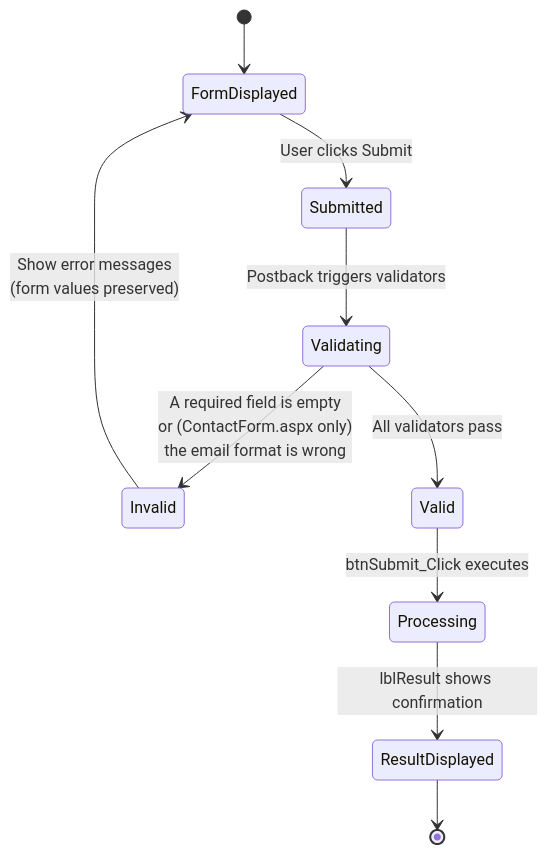
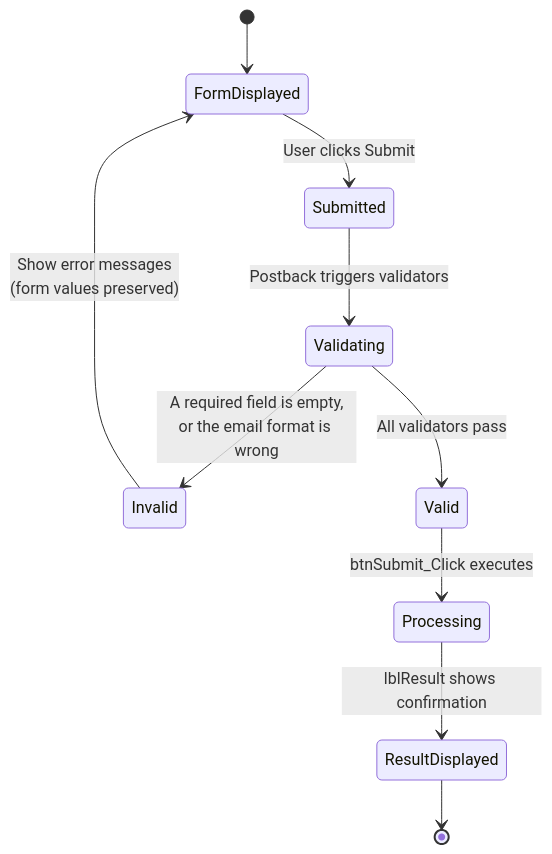
One commit to Lagmouchyoussef/aspnet-webforms-contact-form changed the third of 3 diagrams in README.md. Above: the diagram before and after it, drawn with Mermaid. The commit also changed other lines of this file and 6 other files, not shown here.

````diff
--- a/README.md
+++ b/README.md
@@ -201,17 +147,17 @@
 ```mermaid
 stateDiagram-v2
     [*] --> FormDisplayed
 
     FormDisplayed --> Submitted : User clicks Submit
 
     Submitted --> Validating : Postback triggers validators
 
-    Validating --> Invalid : A required field is empty<br/>or (ContactForm.aspx only)<br/>the email format is wrong
+    Validating --> Invalid : A required field is empty,<br/>or the email format is wrong
     Invalid --> FormDisplayed : Show error messages<br/>(form values preserved)
 
     Validating --> Valid : All validators pass
     Valid --> Processing : btnSubmit_Click executes
     Processing --> ResultDisplayed : lblResult shows confirmation
 
     ResultDisplayed --> [*]
 ```
````
